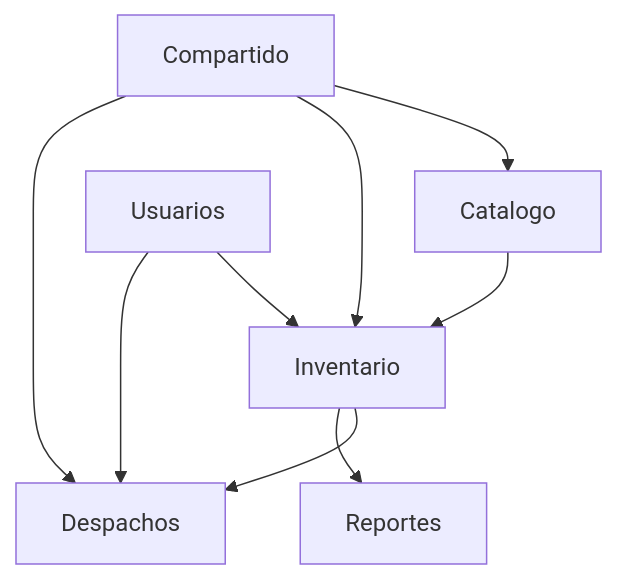
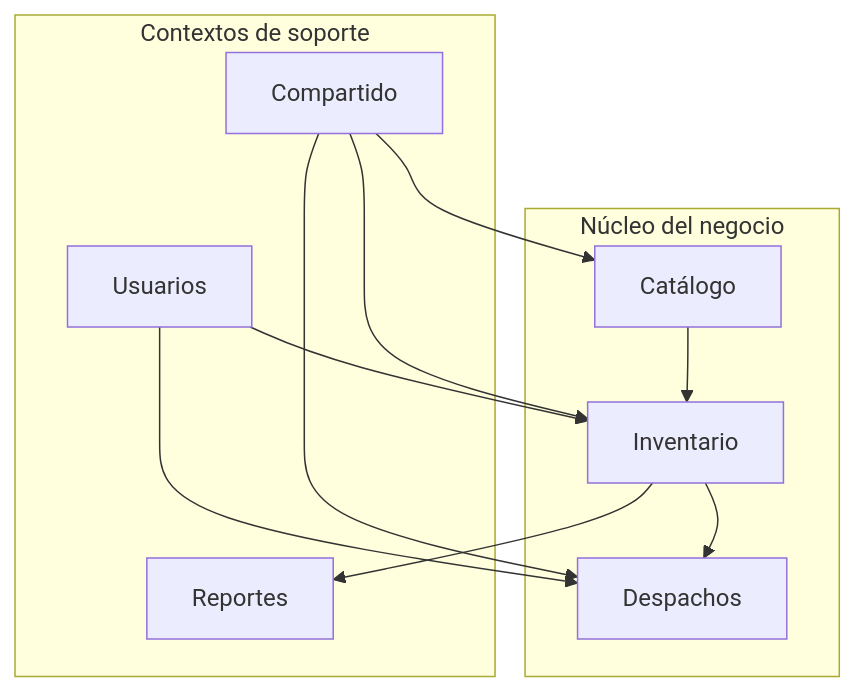
The first of 3 diagrams in docs/modelo_dominio.md (javierRock/SoftwareTextil), drawn with Mermaid before and after one commit. The commit also changed other lines of this file and 5 other files, not shown here.

Commit message:
docs: mejorar README y diagramas DDD

````diff
--- a/docs/modelo_dominio.md
+++ b/docs/modelo_dominio.md
@@ -23,18 +23,23 @@
 ```mermaid
 flowchart TB
-    Catalogo["Catalogo"]
-    Inventario["Inventario"]
-    Despachos["Despachos"]
-    Usuarios["Usuarios"]
-    Reportes["Reportes"]
-    Compartido["Compartido"]
+    subgraph Core["Núcleo del negocio"]
+        Catalogo["Catálogo"]
+        Inventario["Inventario"]
+        Despachos["Despachos"]
+    end
+
+    subgraph Soporte["Contextos de soporte"]
+        Usuarios["Usuarios"]
+        Reportes["Reportes"]
+        Compartido["Compartido"]
+    end
 
     Catalogo --> Inventario
     Inventario --> Despachos
     Inventario --> Reportes
     Usuarios --> Inventario
     Usuarios --> Despachos
     Compartido --> Catalogo
     Compartido --> Inventario
     Compartido --> Despachos
 ```
````
